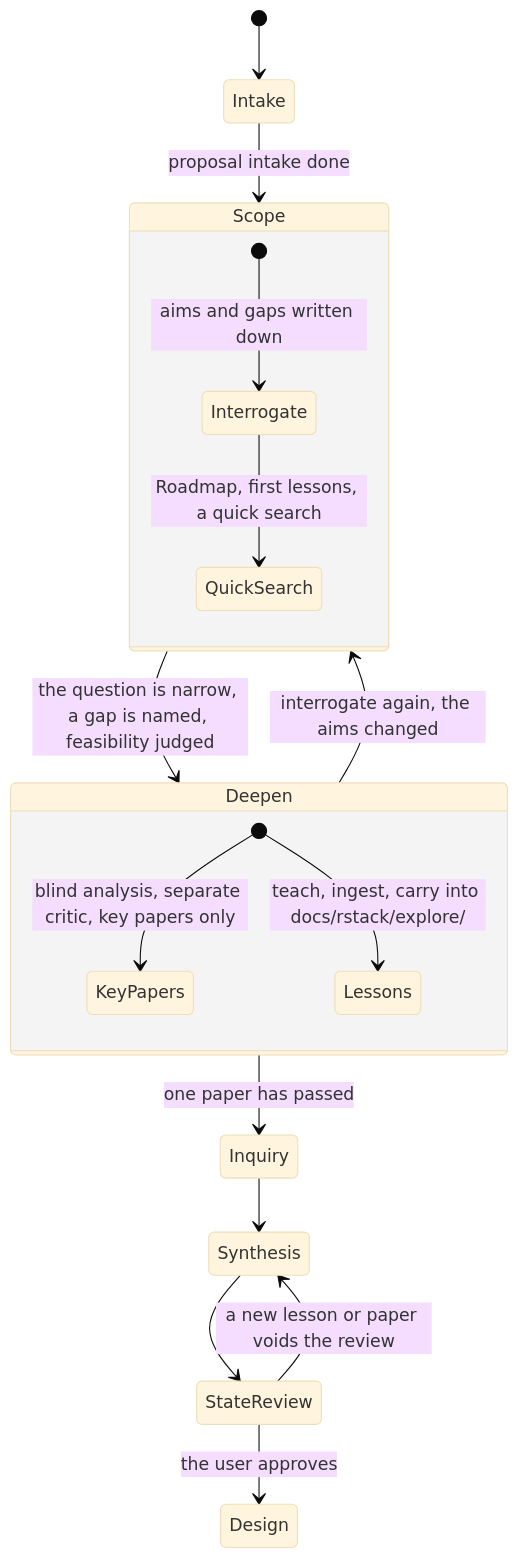
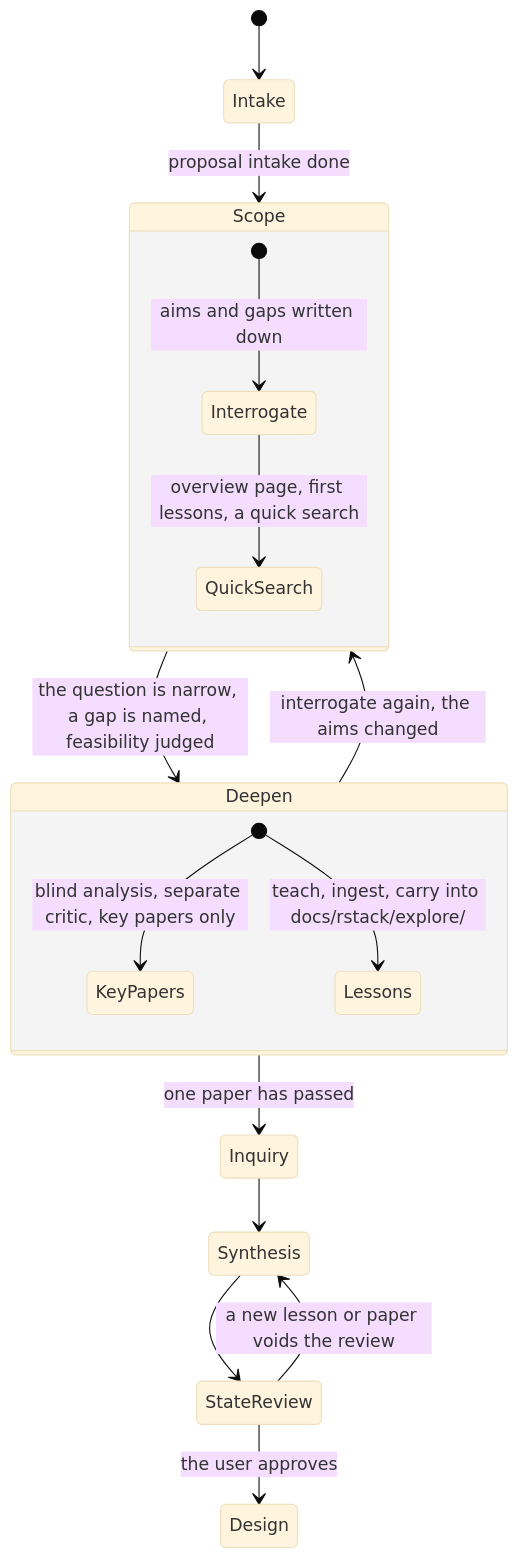
Before and after one commit to taixuann/rstack: the diagram in docs/statechart/EXPLORE-V3.md, drawn with Mermaid (base theme). The commit also changed other lines of this file and 22 other files, not shown here.

````diff
--- a/docs/statechart/EXPLORE-V3.md
+++ b/docs/statechart/EXPLORE-V3.md
@@ -5,20 +5,20 @@
 ```mermaid
 stateDiagram-v2
   [*] --> Intake
   Intake --> Scope: proposal intake done
   state Scope {
     [*] --> Interrogate: aims and gaps written down
-    Interrogate --> QuickSearch: Roadmap, first lessons, a quick search
+    Interrogate --> QuickSearch: overview page, first lessons, a quick search
   }
   Scope --> Deepen: the question is narrow, a gap is named, feasibility judged
   state Deepen {
     [*] --> KeyPapers: blind analysis, separate critic, key papers only
     [*] --> Lessons: teach, ingest, carry into docs/rstack/explore/
   }
   Deepen --> Inquiry: one paper has passed
   Inquiry --> Synthesis
   Synthesis --> StateReview
   StateReview --> Design: the user approves
   StateReview --> Synthesis: a new lesson or paper voids the review
   Deepen --> Scope: interrogate again, the aims changed
 ```
````
